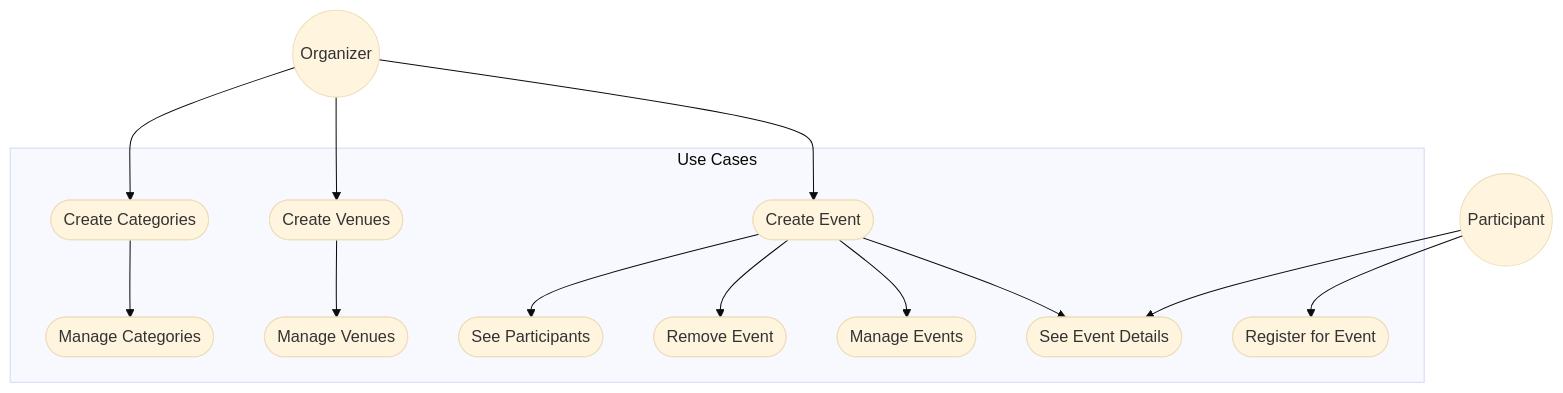
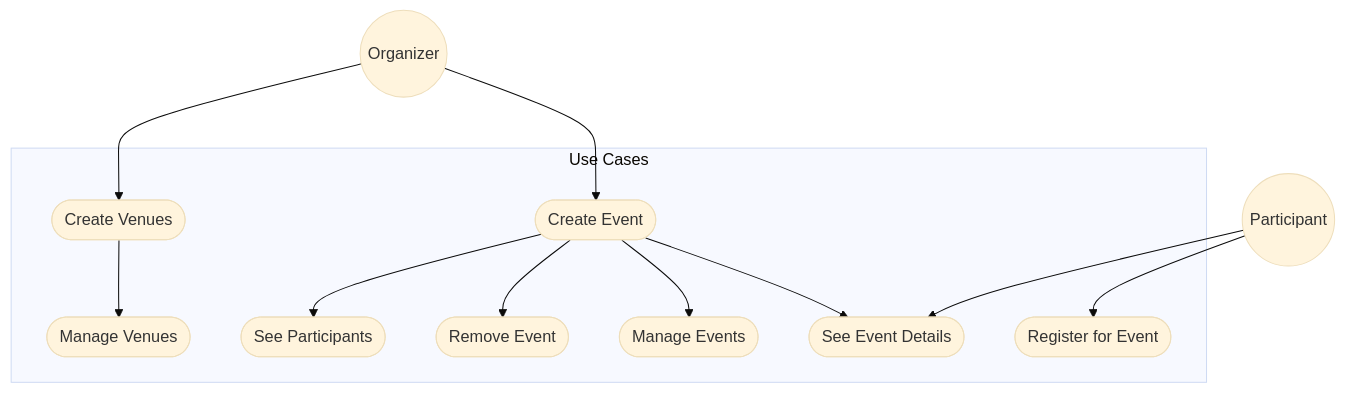
The first of 2 diagrams in README.md (Wombosvideo/prototyping-project), drawn with Mermaid (base theme) before and after one commit. The commit also changed other lines of this file, not shown here.

Commit message:
Fix use case diagram and update requirements

````diff
--- a/README.md
+++ b/README.md
@@ -16,17 +16,15 @@
 ```mermaid
 flowchart TB
   Organizer((Organizer)) --> CEvents
   Organizer --> CVenues
-  Organizer --> CCategories
   subgraph Use Cases
     CEvents([Create Event]) --> DEvents([See Event Details])
     CEvents --> MEvents([Manage Events])
     CEvents --> REvents([Remove Event])
     CEvents --> Participants([See Participants])
     CVenues([Create Venues]) --> MVenues([Manage Venues])
-    CCategories([Create Categories]) --> MCategories([Manage Categories])
     Register([Register for Event])
   end
   Participant((Participant)) --> Register
   Participant --> DEvents
 ```
````
